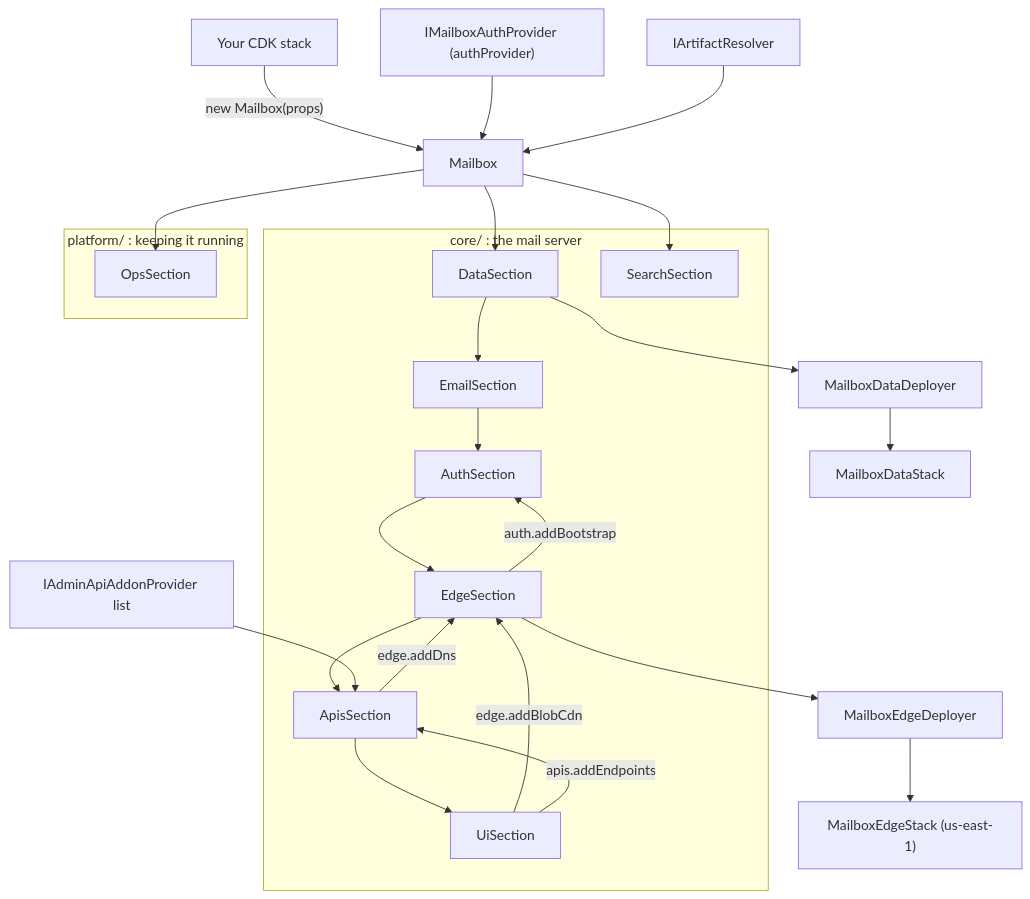
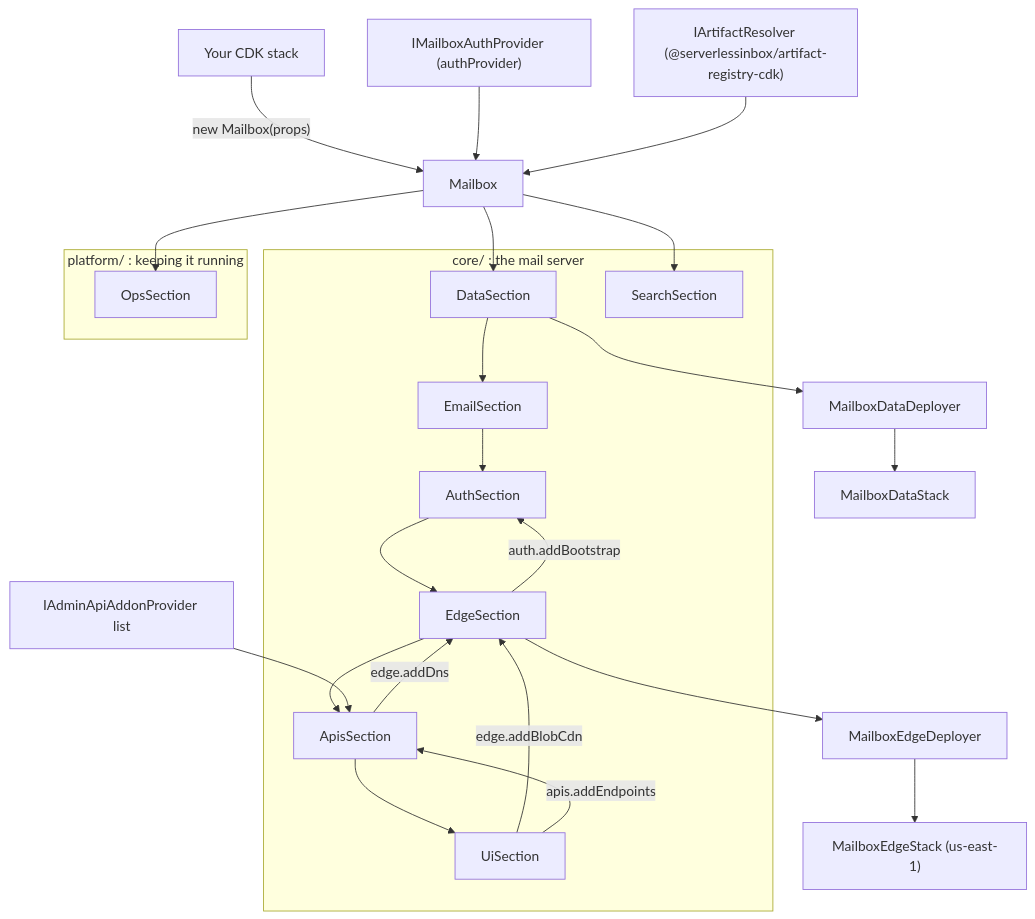
One commit to serverlessinbox/mailbox-cdk changed the diagram in packages/mailbox/README.md. Above: the diagram before and after it, drawn with Mermaid. The commit also changed other lines of this file and 8 other files, not shown here.

````diff
--- a/packages/mailbox/README.md
+++ b/packages/mailbox/README.md
@@ -37,35 +39,35 @@
 ```mermaid
 flowchart TD
   app["Your CDK stack"] -->|"new Mailbox(props)"| mailbox["Mailbox"]
   provider["IMailboxAuthProvider (authProvider)"] --> mailbox
 
   subgraph core ["core/ : the mail server"]
     data["DataSection"]
     email["EmailSection"]
     auth["AuthSection"]
     edge["EdgeSection"]
     apis["ApisSection"]
     ui["UiSection"]
     search["SearchSection"]
   end
 
   subgraph platform ["platform/ : keeping it running"]
     ops["OpsSection"]
   end
 
   mailbox --> data --> email --> auth --> edge --> apis --> ui
   ui -->|"edge.addBlobCdn"| edge
   ui -->|"apis.addEndpoints"| apis
   apis -->|"edge.addDns"| edge
   edge -->|"auth.addBootstrap"| auth
   mailbox --> search
   mailbox --> ops
 
   data --> dataDeployer["MailboxDataDeployer"]
   edge --> edgeDeployer["MailboxEdgeDeployer"]
   dataDeployer --> dataStack["MailboxDataStack"]
   edgeDeployer --> edgeStack["MailboxEdgeStack (us-east-1)"]
 
   addons["IAdminApiAddonProvider list"] --> apis
-  resolver["IArtifactResolver"] --> mailbox
+  resolver["IArtifactResolver (@serverlessinbox/artifact-registry-cdk)"] --> mailbox
 ```
````
